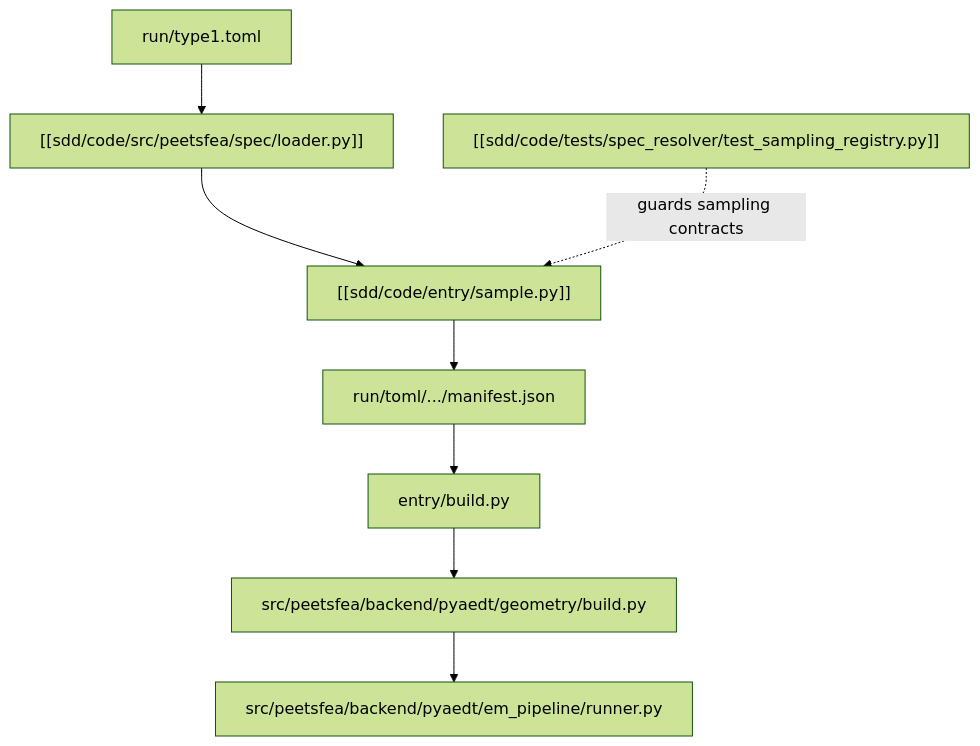
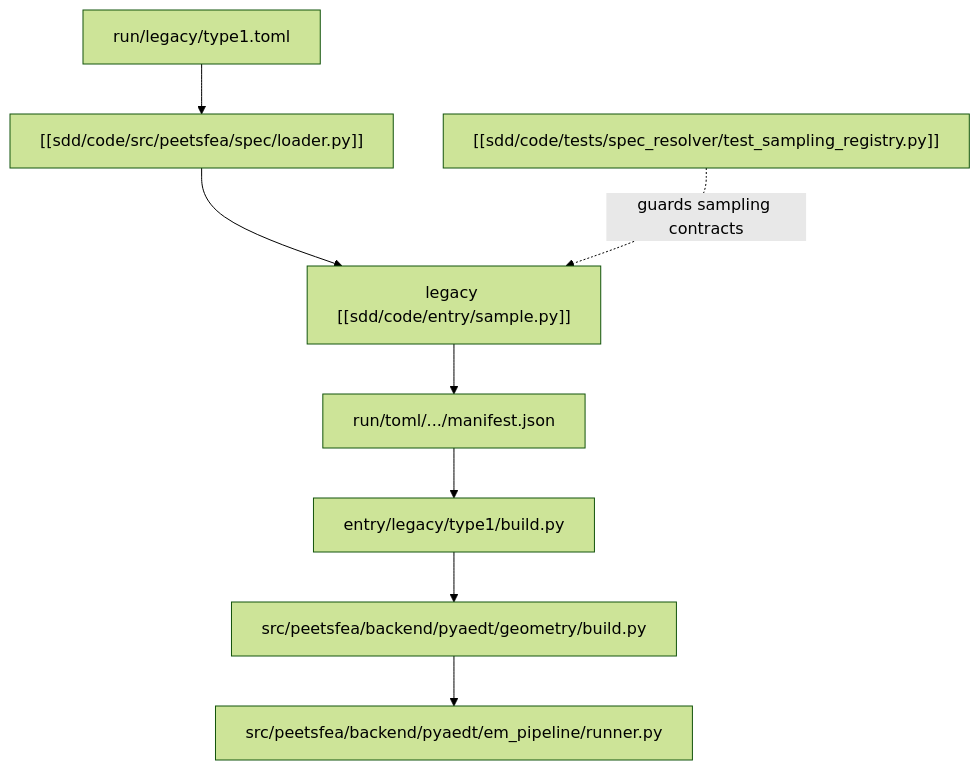
Before and after one commit to Glaysia/peetsfea: the first of 2 diagrams in sdd/diagrams/sample-build-flow.md, drawn with Mermaid (forest theme). The commit also changed other lines of this file and 221 other files, not shown here.

Commit message:
Isolate type1 behind explicit legacy paths

````diff
--- a/sdd/diagrams/sample-build-flow.md
+++ b/sdd/diagrams/sample-build-flow.md
@@ -14,19 +14,19 @@
 ```mermaid
 flowchart TD
-    Source["run/type1.toml"]
+    Source["run/legacy/type1.toml"]
     Loader["[[sdd/code/src/peetsfea/spec/loader.py]]"]
-    Sample["[[sdd/code/entry/sample.py]]"]
+    Sample["legacy [[sdd/code/entry/sample.py]]"]
     Manifest["run/toml/.../manifest.json"]
-    Build["entry/build.py"]
+    Build["entry/legacy/type1/build.py"]
     Geometry["src/peetsfea/backend/pyaedt/geometry/build.py"]
     EM["src/peetsfea/backend/pyaedt/em_pipeline/runner.py"]
     Tests["[[sdd/code/tests/spec_resolver/test_sampling_registry.py]]"]
 
     Source --> Loader
     Loader --> Sample
     Sample --> Manifest
     Manifest --> Build
     Build --> Geometry
     Geometry --> EM
     Tests -. guards sampling contracts .-> Sample
 ```
````
